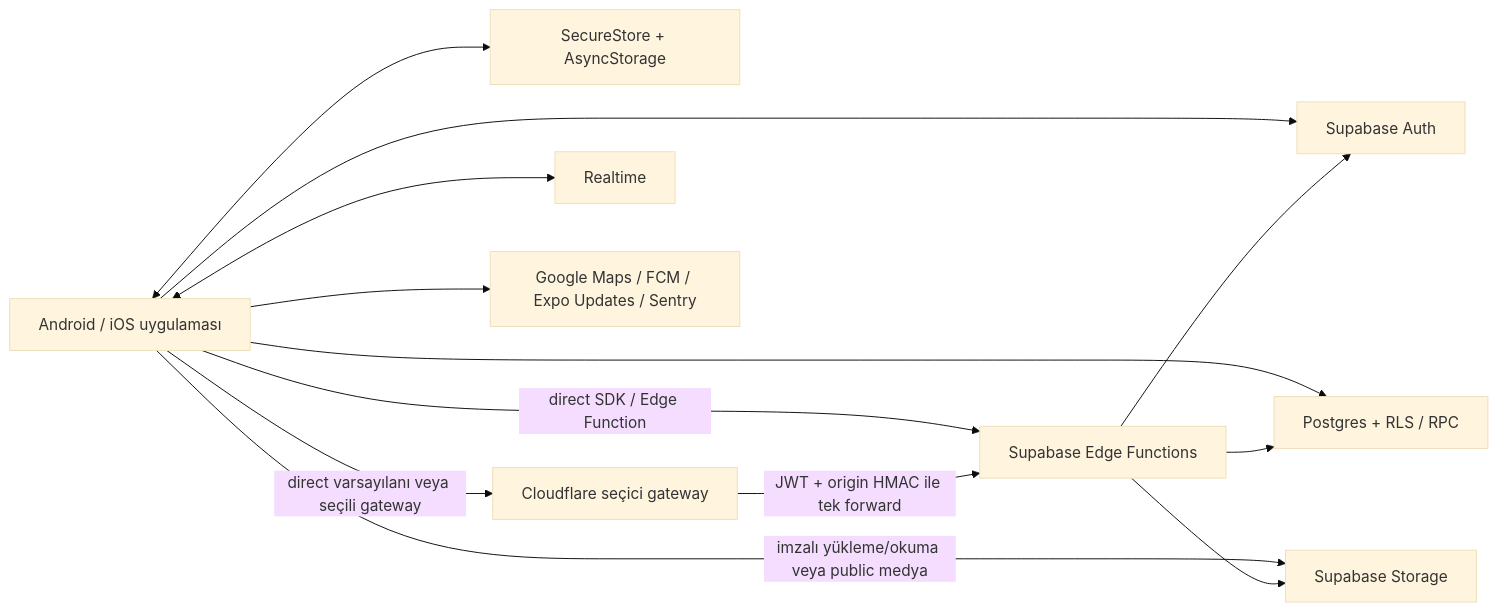
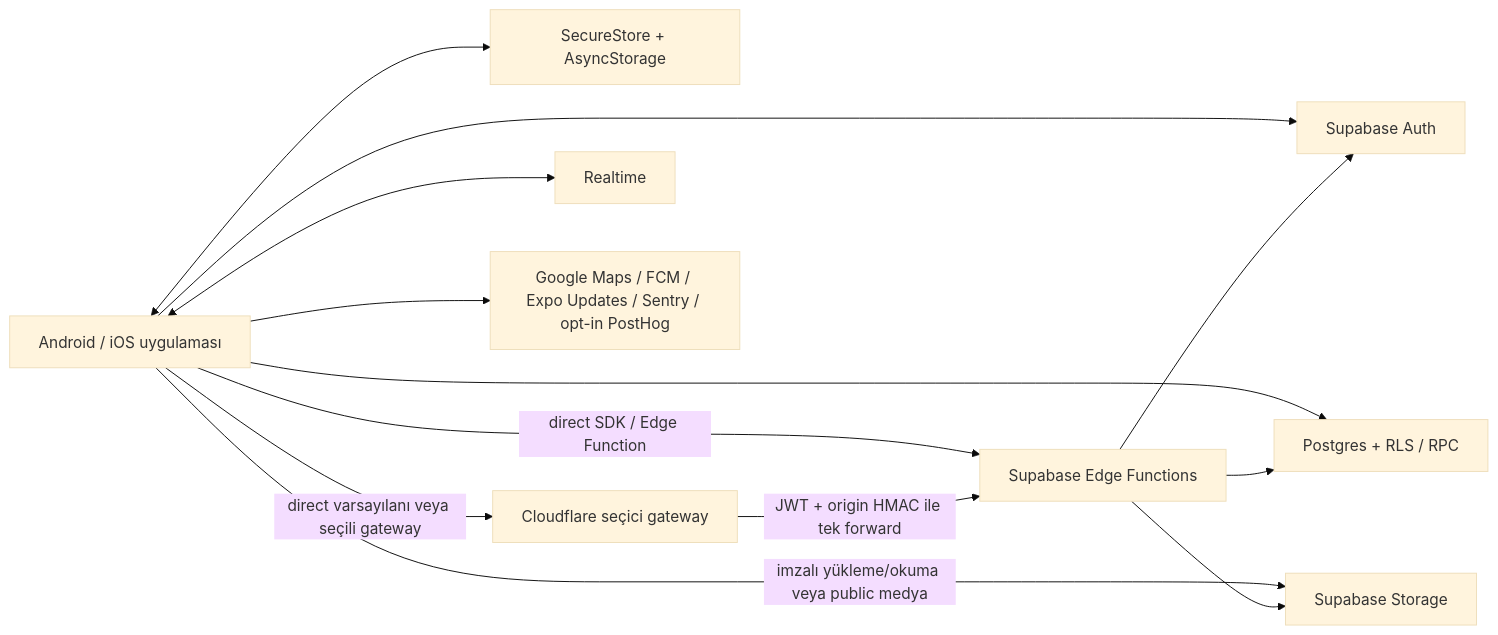
Before and after one commit to cayankuzu/SoRita: the diagram in docs/network-and-data-inventory.md, drawn with Mermaid (base theme). The commit also changed other lines of this file and 302 other files, not shown here.

````diff
--- a/docs/network-and-data-inventory.md
+++ b/docs/network-and-data-inventory.md
@@ -8,25 +8,25 @@
 ```mermaid
 flowchart LR
   D[Android / iOS uygulaması]
   L[SecureStore + AsyncStorage]
   C[Cloudflare seçici gateway]
   E[Supabase Edge Functions]
   A[Supabase Auth]
   P[Postgres + RLS / RPC]
   R[Realtime]
   S[Supabase Storage]
-  X[Google Maps / FCM / Expo Updates / Sentry]
+  X[Google Maps / FCM / Expo Updates / Sentry / opt-in PostHog]
 
   D <--> L
   D -->|direct varsayılanı veya seçili gateway| C
   D -->|direct SDK / Edge Function| E
   C -->|JWT + origin HMAC ile tek forward| E
   D --> A
   D --> P
   D <--> R
   D -->|imzalı yükleme/okuma veya public medya| S
   E --> A
   E --> P
   E --> S
   D --> X
 ```
````
